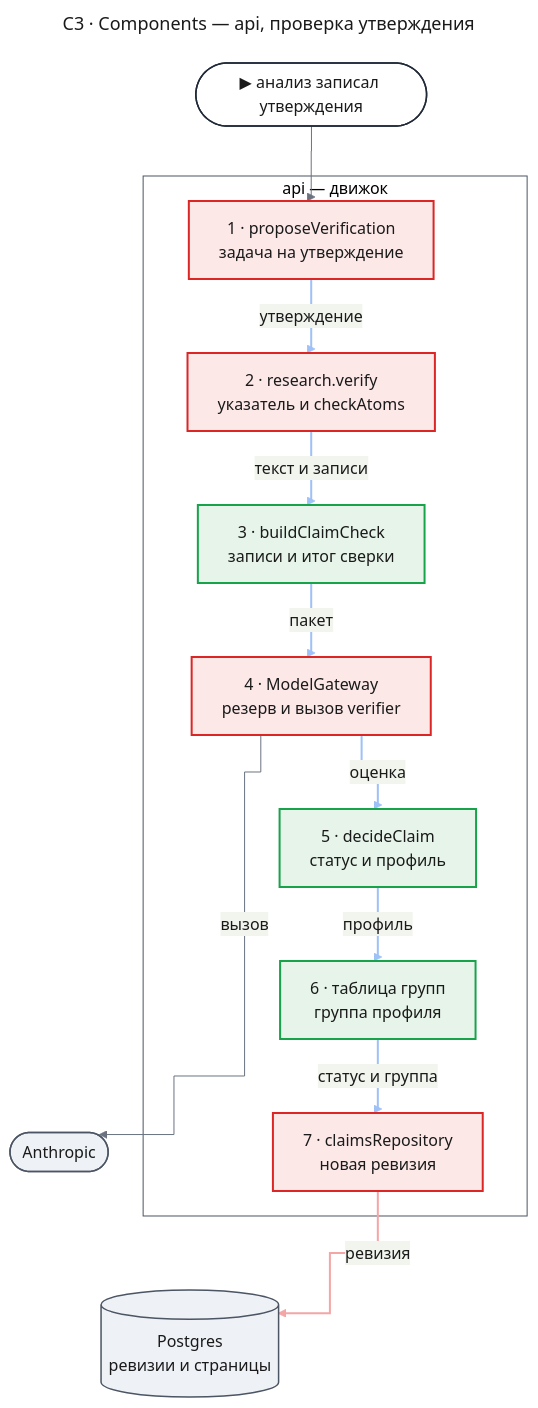
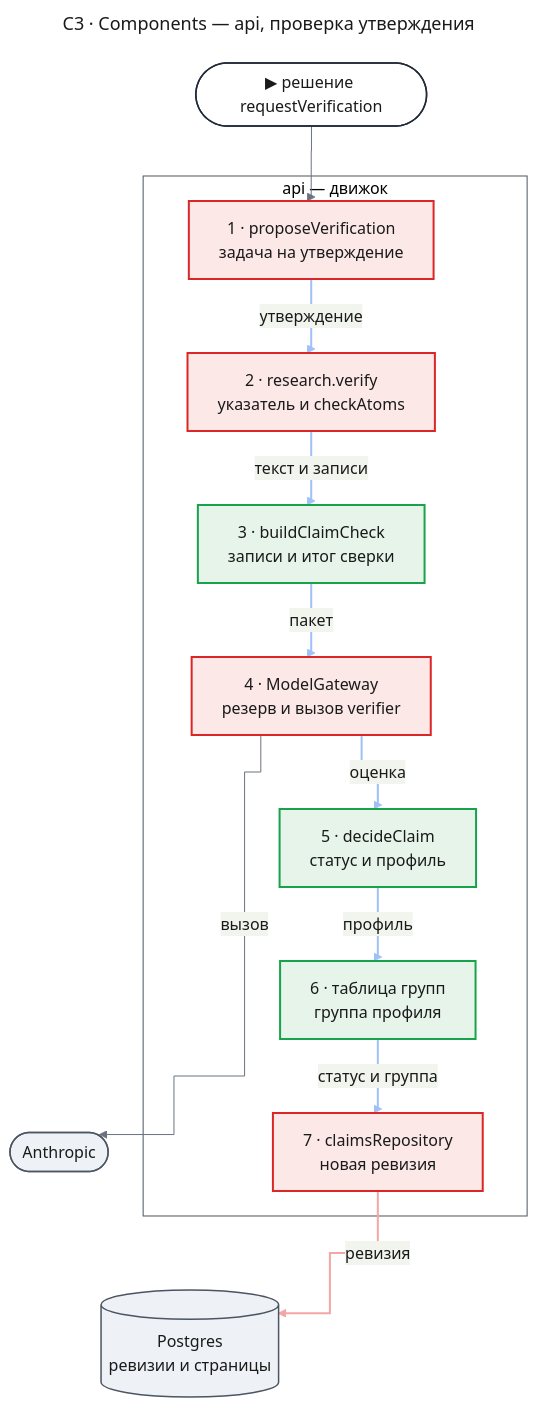
One commit to tundraray/agent-os changed the fifth of 21 diagrams in docs/features/agent-quality/design-engine.md. Above: the diagram before and after it, drawn with Mermaid. The commit also changed other lines of this file and 8 other files, not shown here.

First line of the commit message:
docs: approve agent-runtime designs (agent-core 1.6, research-flow 1.3), accept ADR-0010

````diff
--- a/docs/features/agent-quality/design-engine.md
+++ b/docs/features/agent-quality/design-engine.md
@@ -459,65 +464,65 @@
 ```mermaid
 ---
 title: "C3 · Components — api, проверка утверждения"
 config:
   theme: base
   look: classic
   themeVariables:
     primaryColor: "#eef1f5"
     primaryBorderColor: "#4b5563"
     primaryTextColor: "#1a1a1a"
     lineColor: "#6b7280"
   flowchart:
     curve: step
   themeCSS: |
     @keyframes litr_c3v{0%,12.8%{stroke:#1d4ed8;stroke-width:6px}14.3%,100%{stroke:#9ec1f7;stroke-width:2px}}
     @keyframes lit_c3v{0%,12.8%{stroke:#991b1b;stroke-width:6px}14.3%,100%{stroke:#f4a5a5;stroke-width:2px}}
 ---
 flowchart TB
-    entry(["▶ анализ записал утверждения"])
+    entry(["▶ решение requestVerification"])
     subgraph api["api — движок"]
         n1["1 · proposeVerification<br/>задача на утверждение"]
         n2["2 · research.verify<br/>указатель и checkAtoms"]
         n3["3 · buildClaimCheck<br/>записи и итог сверки"]
         n4["4 · ModelGateway<br/>резерв и вызов verifier"]
         n5["5 · decideClaim<br/>статус и профиль"]
         n6["6 · таблица групп<br/>группа профиля"]
         n7["7 · claimsRepository<br/>новая ревизия"]
     end
     anth(["Anthropic"])
     db[("Postgres<br/>ревизии и страницы")]
     anth ~~~ db
     entry --> n1
     n1 e1@-->|"утверждение"| n2
     n2 e2@-->|"текст и записи"| n3
     n3 e3@-->|"пакет"| n4
     n4 e4@-->|"оценка"| n5
     n5 e5@-->|"профиль"| n6
     n6 e6@-->|"статус и группа"| n7
     n7 e7@-->|"ревизия"| db
     n4 -->|"вызов"| anth
     classDef entry fill:#ffffff,stroke:#1f2937,stroke-width:1.5px,color:#1a1a1a
     classDef changed fill:#fde8e8,stroke:#dc2626,stroke-width:2px,color:#1a1a1a
     classDef new fill:#e6f4ea,stroke:#16a34a,stroke-width:2px,color:#1a1a1a
     classDef unchanged fill:#eef1f5,stroke:#4b5563,stroke-width:1.5px,color:#1a1a1a
     classDef frame fill:none,stroke:#4b5563,stroke-width:1px
     classDef r1 stroke:#9ec1f7,stroke-width:2px,animation:litr_c3v 8.4s linear 0s infinite
     classDef r2 stroke:#9ec1f7,stroke-width:2px,animation:litr_c3v 8.4s linear 1.2s infinite
     classDef r3 stroke:#9ec1f7,stroke-width:2px,animation:litr_c3v 8.4s linear 2.4s infinite
     classDef r4 stroke:#9ec1f7,stroke-width:2px,animation:litr_c3v 8.4s linear 3.6s infinite
     classDef r5 stroke:#9ec1f7,stroke-width:2px,animation:litr_c3v 8.4s linear 4.8s infinite
     classDef r6 stroke:#9ec1f7,stroke-width:2px,animation:litr_c3v 8.4s linear 6s infinite
     classDef w7 stroke:#f4a5a5,stroke-width:2px,animation:lit_c3v 8.4s linear 7.2s infinite
     class entry entry
     class n1,n2,n4,n7 changed
     class n3,n5,n6 new
     class anth,db unchanged
     class api frame
     class e1 r1
     class e2 r2
     class e3 r3
     class e4 r4
     class e5 r5
     class e6 r6
     class e7 w7
 ```
````
